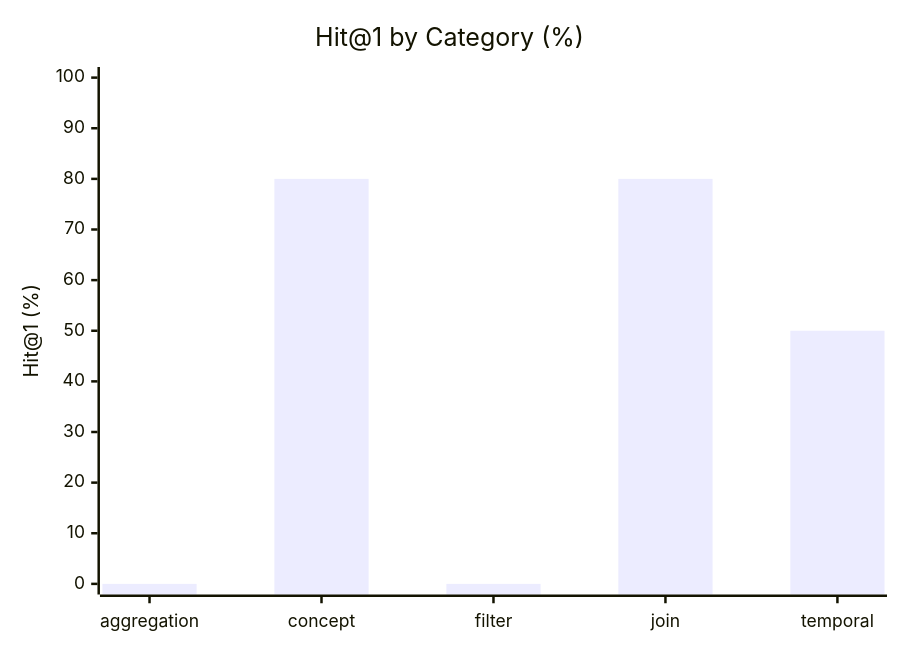
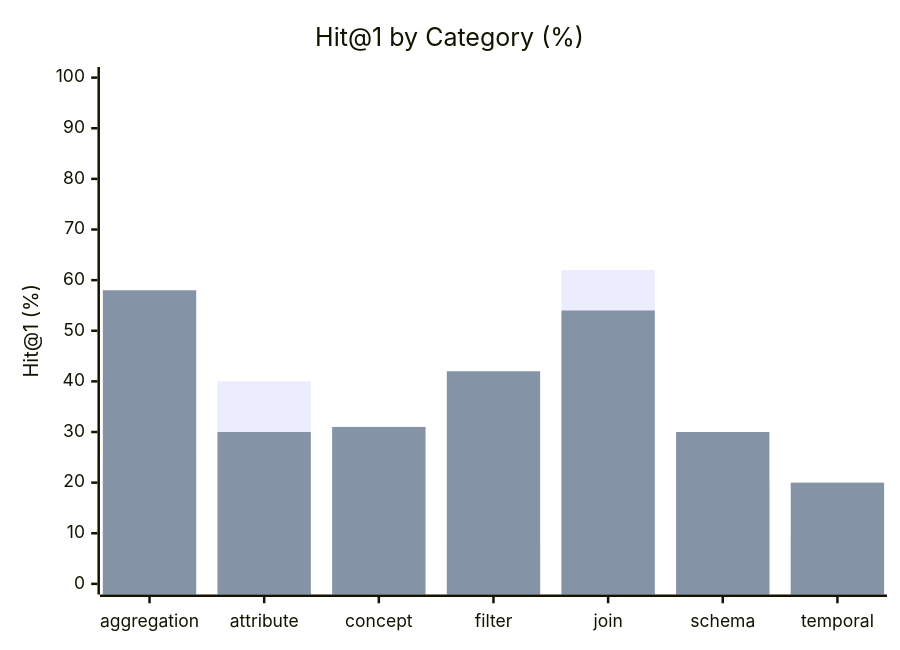
The diagram in lib/tests/benchmarks/FINANCE_DISCOVERY_RESULTS.md (megagonlabs/blue-data), drawn with Mermaid before and after one commit. The commit also changed other lines of this file and 5 other files, not shown here.

````diff
--- a/lib/tests/benchmarks/FINANCE_DISCOVERY_RESULTS.md
+++ b/lib/tests/benchmarks/FINANCE_DISCOVERY_RESULTS.md
@@ -28,7 +36,8 @@
 ```mermaid
 xychart-beta
     title "Hit@1 by Category (%)"
-    x-axis ["aggregation", "concept", "filter", "join", "temporal"]
+    x-axis ["aggregation", "attribute", "concept", "filter", "join", "schema", "temporal"]
     y-axis "Hit@1 (%)" 0 --> 100
-    bar [0, 80, 0, 80, 50]
+    bar [25, 40, 31, 8, 62, 20, 10]
+    bar [58, 30, 31, 42, 54, 30, 20]
 ```
````
